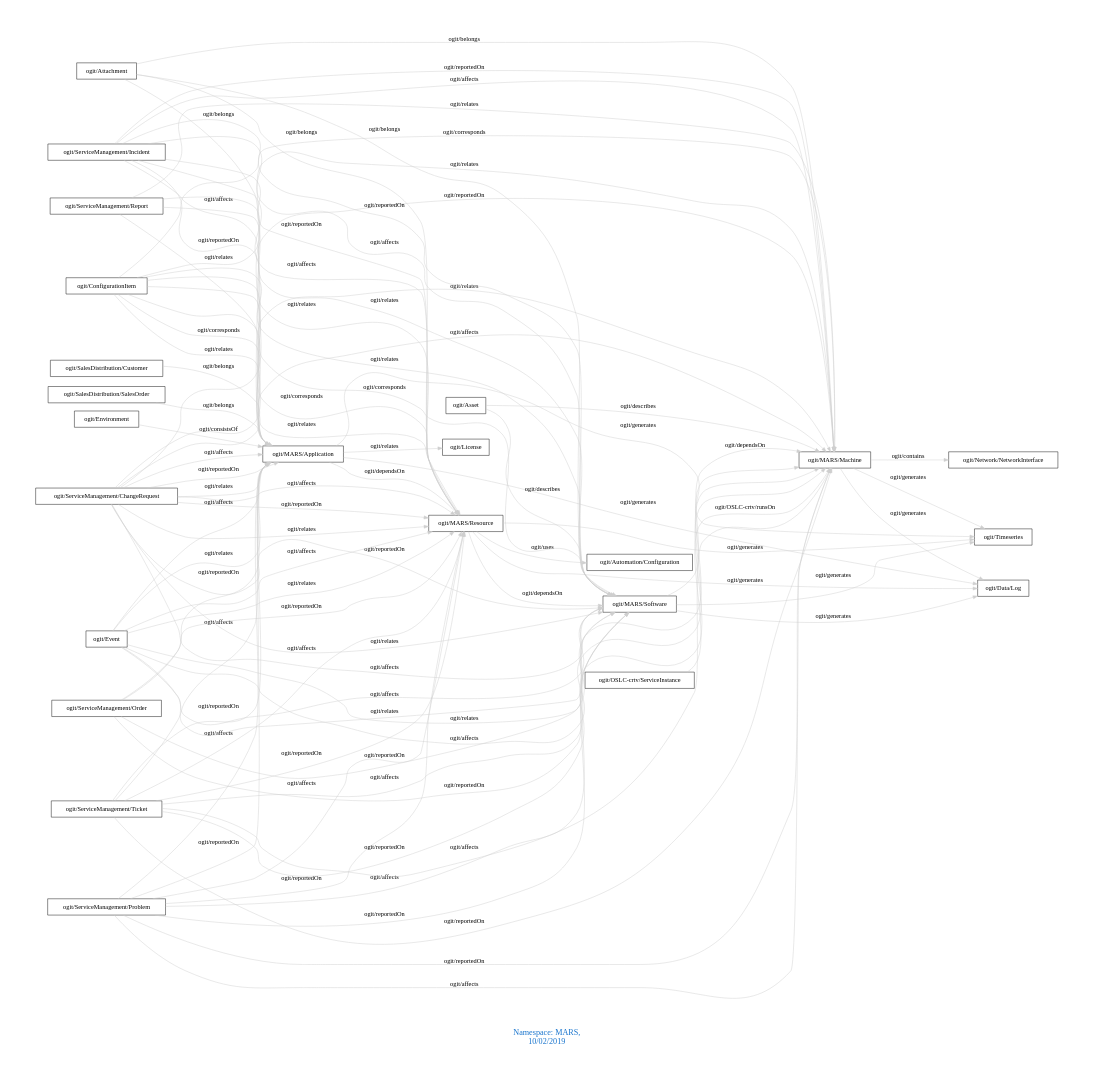
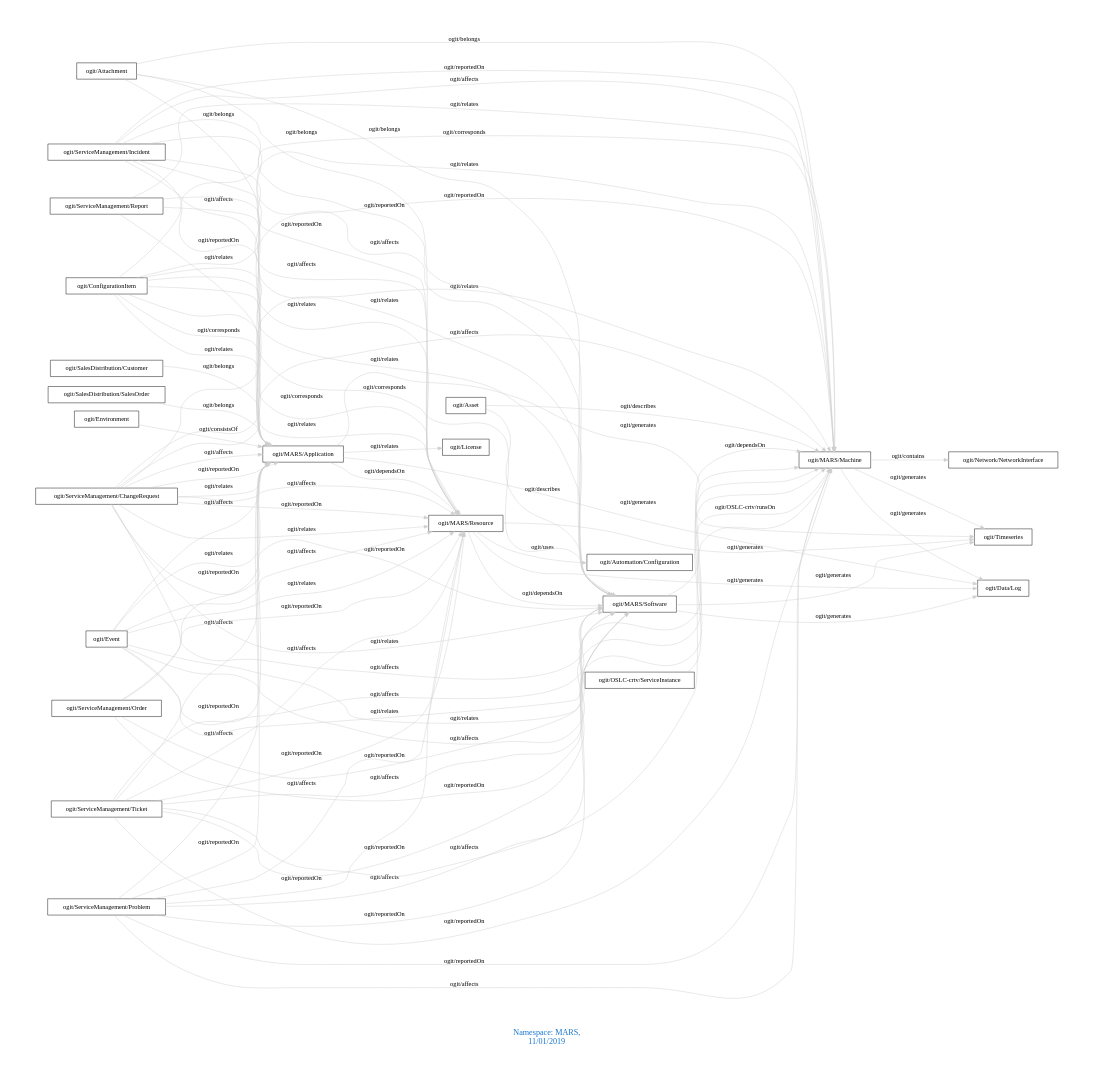
One commit to arago/OGIT changed the diagram in downloads/MARS.dot. Above: the diagram before and after it, drawn with Graphviz. The commit also changed 151 other files, not shown here.

```diff
--- a/downloads/MARS.dot
+++ b/downloads/MARS.dot
@@ -1,92 +1,92 @@
 digraph OGIT_ontology {
  graph [ rankdir= LR,pad=1 
 fontsize = 18,
-fontcolor= dodgerblue3,label = "\n\n\nNamespace: MARS, \n 10/02/2019"];
+fontcolor= dodgerblue3,label = "\n\n\nNamespace: MARS, \n 11/01/2019"];
 node[shape=polygon];
 edge [  color="gray81"];
 
    "ogit/MARS/Machine" -> "ogit/Network/NetworkInterface" [label="   ogit/contains    "];
    "ogit/MARS/Application" -> "ogit/Data/Log" [label="   ogit/generates    "];
    "ogit/MARS/Application" -> "ogit/Timeseries" [label="   ogit/generates    "];
    "ogit/MARS/Machine" -> "ogit/Data/Log" [label="   ogit/generates    "];
    "ogit/MARS/Machine" -> "ogit/Timeseries" [label="   ogit/generates    "];
    "ogit/MARS/Resource" -> "ogit/Data/Log" [label="   ogit/generates    "];
    "ogit/MARS/Resource" -> "ogit/Timeseries" [label="   ogit/generates    "];
    "ogit/MARS/Software" -> "ogit/Data/Log" [label="   ogit/generates    "];
    "ogit/MARS/Software" -> "ogit/Timeseries" [label="   ogit/generates    "];
    "ogit/Asset" -> "ogit/MARS/Software" [label="   ogit/describes    "];
    "ogit/Asset" -> "ogit/MARS/Machine" [label="   ogit/describes    "];
    "ogit/ConfigurationItem" -> "ogit/MARS/Application" [label="   ogit/corresponds    "];
    "ogit/ConfigurationItem" -> "ogit/MARS/Resource" [label="   ogit/corresponds    "];
    "ogit/ConfigurationItem" -> "ogit/MARS/Software" [label="   ogit/corresponds    "];
    "ogit/ConfigurationItem" -> "ogit/MARS/Machine" [label="   ogit/corresponds    "];
    "ogit/ServiceManagement/ChangeRequest" -> "ogit/MARS/Application" [label="   ogit/affects    "];
    "ogit/ServiceManagement/ChangeRequest" -> "ogit/MARS/Resource" [label="   ogit/affects    "];
    "ogit/ServiceManagement/ChangeRequest" -> "ogit/MARS/Software" [label="   ogit/affects    "];
    "ogit/ServiceManagement/ChangeRequest" -> "ogit/MARS/Machine" [label="   ogit/affects    "];
    "ogit/ServiceManagement/Incident" -> "ogit/MARS/Application" [label="   ogit/affects    "];
    "ogit/ServiceManagement/Incident" -> "ogit/MARS/Resource" [label="   ogit/affects    "];
    "ogit/ServiceManagement/Incident" -> "ogit/MARS/Software" [label="   ogit/affects    "];
    "ogit/ServiceManagement/Incident" -> "ogit/MARS/Machine" [label="   ogit/affects    "];
    "ogit/ServiceManagement/Problem" -> "ogit/MARS/Application" [label="   ogit/affects    "];
    "ogit/ServiceManagement/Problem" -> "ogit/MARS/Resource" [label="   ogit/affects    "];
    "ogit/ServiceManagement/Problem" -> "ogit/MARS/Software" [label="   ogit/affects    "];
    "ogit/ServiceManagement/Problem" -> "ogit/MARS/Machine" [label="   ogit/affects    "];
    "ogit/ServiceManagement/Ticket" -> "ogit/MARS/Application" [label="   ogit/affects    "];
    "ogit/ServiceManagement/Ticket" -> "ogit/MARS/Resource" [label="   ogit/affects    "];
    "ogit/ServiceManagement/Ticket" -> "ogit/MARS/Software" [label="   ogit/affects    "];
    "ogit/ServiceManagement/Ticket" -> "ogit/MARS/Machine" [label="   ogit/affects    "];
    "ogit/Event" -> "ogit/MARS/Application" [label="   ogit/affects    "];
    "ogit/Event" -> "ogit/MARS/Resource" [label="   ogit/affects    "];
    "ogit/Event" -> "ogit/MARS/Software" [label="   ogit/affects    "];
    "ogit/Event" -> "ogit/MARS/Machine" [label="   ogit/affects    "];
    "ogit/OSLC-crtv/ServiceInstance" -> "ogit/MARS/Machine" [label="   ogit/OSLC-crtv/runsOn    "];
    "ogit/MARS/Application" -> "ogit/MARS/Resource" [label="   ogit/dependsOn    "];
    "ogit/MARS/Resource" -> "ogit/MARS/Software" [label="   ogit/dependsOn    "];
    "ogit/MARS/Software" -> "ogit/MARS/Machine" [label="   ogit/dependsOn    "];
    "ogit/SalesDistribution/Customer" -> "ogit/MARS/Application" [label="   ogit/belongs    "];
    "ogit/SalesDistribution/SalesOrder" -> "ogit/MARS/Application" [label="   ogit/belongs    "];
    "ogit/Attachment" -> "ogit/MARS/Machine" [label="   ogit/belongs    "];
    "ogit/Attachment" -> "ogit/MARS/Software" [label="   ogit/belongs    "];
    "ogit/Attachment" -> "ogit/MARS/Resource" [label="   ogit/belongs    "];
    "ogit/Attachment" -> "ogit/MARS/Application" [label="   ogit/belongs    "];
    "ogit/MARS/Resource" -> "ogit/Automation/Configuration" [label="   ogit/uses    "];
    "ogit/ServiceManagement/ChangeRequest" -> "ogit/MARS/Machine" [label="   ogit/reportedOn    "];
    "ogit/ServiceManagement/ChangeRequest" -> "ogit/MARS/Software" [label="   ogit/reportedOn    "];
    "ogit/ServiceManagement/ChangeRequest" -> "ogit/MARS/Resource" [label="   ogit/reportedOn    "];
    "ogit/ServiceManagement/ChangeRequest" -> "ogit/MARS/Application" [label="   ogit/reportedOn    "];
    "ogit/ServiceManagement/Incident" -> "ogit/MARS/Machine" [label="   ogit/reportedOn    "];
    "ogit/ServiceManagement/Incident" -> "ogit/MARS/Software" [label="   ogit/reportedOn    "];
    "ogit/ServiceManagement/Incident" -> "ogit/MARS/Resource" [label="   ogit/reportedOn    "];
    "ogit/ServiceManagement/Incident" -> "ogit/MARS/Application" [label="   ogit/reportedOn    "];
    "ogit/ServiceManagement/Order" -> "ogit/MARS/Machine" [label="   ogit/reportedOn    "];
    "ogit/ServiceManagement/Order" -> "ogit/MARS/Software" [label="   ogit/reportedOn    "];
    "ogit/ServiceManagement/Order" -> "ogit/MARS/Resource" [label="   ogit/reportedOn    "];
    "ogit/ServiceManagement/Order" -> "ogit/MARS/Application" [label="   ogit/reportedOn    "];
    "ogit/ServiceManagement/Problem" -> "ogit/MARS/Machine" [label="   ogit/reportedOn    "];
    "ogit/ServiceManagement/Problem" -> "ogit/MARS/Software" [label="   ogit/reportedOn    "];
    "ogit/ServiceManagement/Problem" -> "ogit/MARS/Resource" [label="   ogit/reportedOn    "];
    "ogit/ServiceManagement/Problem" -> "ogit/MARS/Application" [label="   ogit/reportedOn    "];
    "ogit/ServiceManagement/Ticket" -> "ogit/MARS/Machine" [label="   ogit/reportedOn    "];
    "ogit/ServiceManagement/Ticket" -> "ogit/MARS/Software" [label="   ogit/reportedOn    "];
    "ogit/ServiceManagement/Ticket" -> "ogit/MARS/Resource" [label="   ogit/reportedOn    "];
    "ogit/ServiceManagement/Ticket" -> "ogit/MARS/Application" [label="   ogit/reportedOn    "];
    "ogit/Environment" -> "ogit/MARS/Application" [label="   ogit/consistsOf    "];
    "ogit/MARS/Application" -> "ogit/License" [label="   ogit/relates    "];
    "ogit/ServiceManagement/ChangeRequest" -> "ogit/MARS/Machine" [label="   ogit/relates    "];
    "ogit/ServiceManagement/ChangeRequest" -> "ogit/MARS/Software" [label="   ogit/relates    "];
    "ogit/ServiceManagement/ChangeRequest" -> "ogit/MARS/Resource" [label="   ogit/relates    "];
    "ogit/ServiceManagement/ChangeRequest" -> "ogit/MARS/Application" [label="   ogit/relates    "];
    "ogit/ServiceManagement/Report" -> "ogit/MARS/Machine" [label="   ogit/relates    "];
    "ogit/ServiceManagement/Report" -> "ogit/MARS/Software" [label="   ogit/relates    "];
    "ogit/ServiceManagement/Report" -> "ogit/MARS/Resource" [label="   ogit/relates    "];
    "ogit/ServiceManagement/Report" -> "ogit/MARS/Application" [label="   ogit/relates    "];
    "ogit/ConfigurationItem" -> "ogit/MARS/Machine" [label="   ogit/relates    "];
    "ogit/ConfigurationItem" -> "ogit/MARS/Software" [label="   ogit/relates    "];
    "ogit/ConfigurationItem" -> "ogit/MARS/Resource" [label="   ogit/relates    "];
    "ogit/ConfigurationItem" -> "ogit/MARS/Application" [label="   ogit/relates    "];
    "ogit/Event" -> "ogit/MARS/Machine" [label="   ogit/relates    "];
    "ogit/Event" -> "ogit/MARS/Software" [label="   ogit/relates    "];
    "ogit/Event" -> "ogit/MARS/Resource" [label="   ogit/relates    "];
    "ogit/Event" -> "ogit/MARS/Application" [label="   ogit/relates    "];
 }
```
